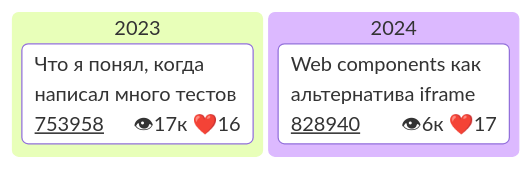
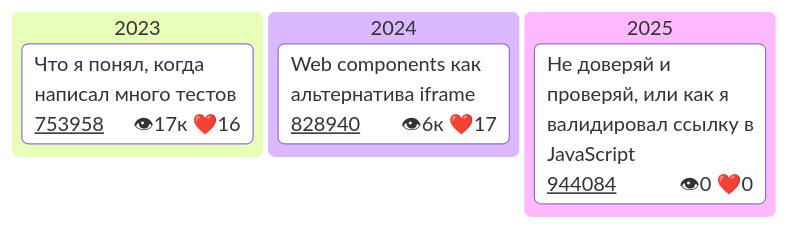
One commit to Goodzonchik/Goodzonchik changed the fourth of 4 diagrams in README.md. Above: the diagram before and after it, drawn with Mermaid. The commit also changed other lines of this file, not shown here.

````diff
--- a/README.md
+++ b/README.md
@@ -54,19 +55,24 @@
 ```mermaid
 ---
 config:
   kanban:
     ticketBaseUrl: 'https://habr.com/ru/companies/tbank/articles/#TICKET#'
 
 ---
 kanban
   2023
     card1["Что я понял, когда написал много тестов"]@{
       ticket: 753958
       assigned: 👁17к ❤️16
     }
   2024
     card2["Web components как альтернатива iframe"]@{
       ticket: 828940
       assigned: 👁6к ❤️17
     }
+  2025
+    card3["Не доверяй и проверяй, или как я валидировал ссылку в JavaScript"]@{
+      ticket: 944084
+      assigned: 👁0 ❤️0
+    }
 ```
````
